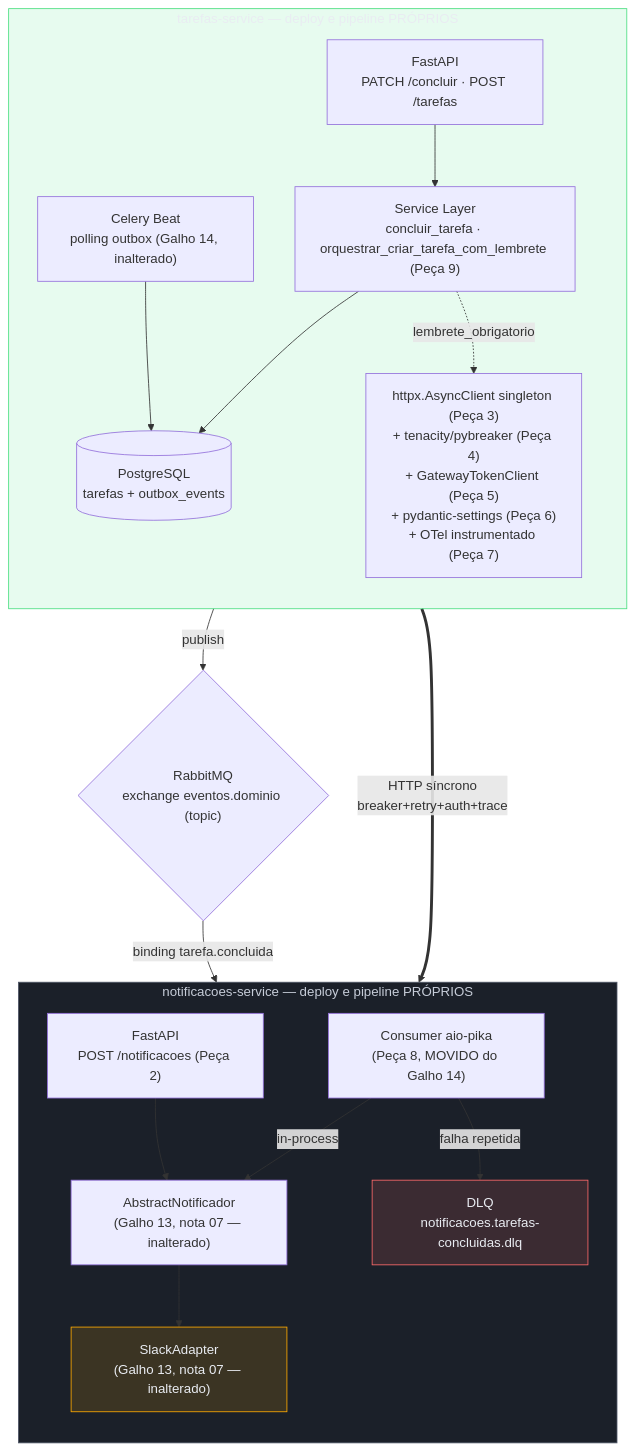
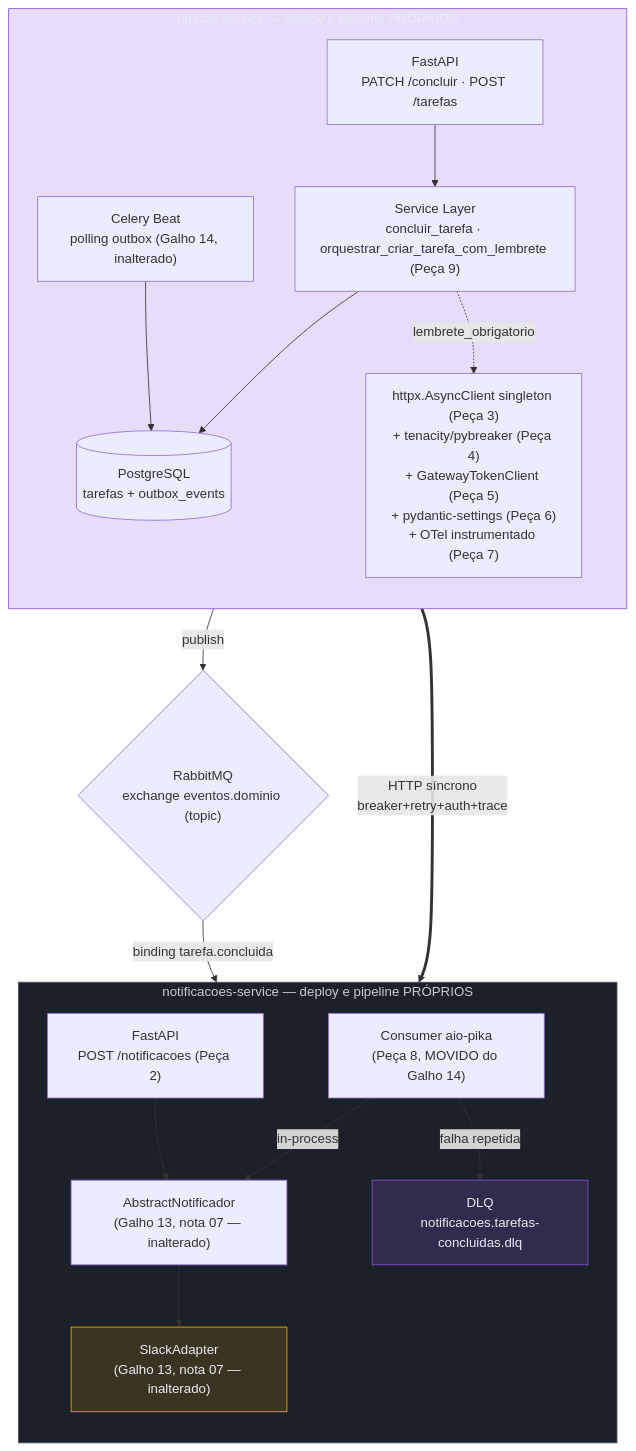
The fifth of 5 diagrams in 03-Dominios/Tecnologia/Python/Microservices e sistemas distribuídos/08 - Capstone — extraindo o serviço de Notificações.md (josenaldo/codex-technomanticus), drawn with Mermaid before and after one commit. The commit also changed 601 other files, not shown here.

````diff
--- a/03-Dominios/Tecnologia/Python/Microservices e sistemas distribuídos/08 - Capstone — extraindo o serviço de Notificações.md
+++ b/03-Dominios/Tecnologia/Python/Microservices e sistemas distribuídos/08 - Capstone — extraindo o serviço de Notificações.md
@@ -675,42 +675,41 @@
 ```mermaid
 flowchart TB
-    classDef ok fill:#4ADE8021,stroke:#4ADE80,color:#E9ECF2
+    classDef marca fill:#8855DF33,stroke:#8855DF,color:#E9ECF2
     classDef neutro fill:#1B2029,stroke:#4E5666,color:#C6CCD8
     classDef destaque fill:#FFAA0024,stroke:#FFAA00,color:#E9ECF2
-    classDef falha fill:#FF6B6B24,stroke:#FF6B6B,color:#E9ECF2
     subgraph TS["tarefas-service — deploy e pipeline PRÓPRIOS"]
         direction TB
         TH["FastAPI\nPATCH /concluir · POST /tarefas"]
         TSVC["Service Layer\nconcluir_tarefa · orquestrar_criar_tarefa_com_lembrete (Peça 9)"]
         TDB[("PostgreSQL\ntarefas + outbox_events")]
         TBEAT["Celery Beat\npolling outbox (Galho 14, inalterado)"]
         TCLIENT["httpx.AsyncClient singleton (Peça 3)\n+ tenacity/pybreaker (Peça 4)\n+ GatewayTokenClient (Peça 5)\n+ pydantic-settings (Peça 6)\n+ OTel instrumentado (Peça 7)"]
         TH --> TSVC --> TDB
         TSVC -.->|"lembrete_obrigatorio"| TCLIENT
         TBEAT --> TDB
     end
 
     MQ{"RabbitMQ\nexchange eventos.dominio (topic)"}
 
     subgraph NS["notificacoes-service — deploy e pipeline PRÓPRIOS"]
         direction TB
         NAPI["FastAPI\nPOST /notificacoes (Peça 2)"]
         NCONS["Consumer aio-pika\n(Peça 8, MOVIDO do Galho 14)"]
         NPORT["AbstractNotificador\n(Galho 13, nota 07 — inalterado)"]
         NSLACK["SlackAdapter\n(Galho 13, nota 07 — inalterado)"]
         NDLQ["DLQ\nnotificacoes.tarefas-concluidas.dlq"]
         NAPI --> NPORT
         NCONS -->|"in-process"| NPORT
         NPORT --> NSLACK
         NCONS -->|"falha repetida"| NDLQ
     end
 
     TCLIENT ==>|"HTTP síncrono\nbreaker+retry+auth+trace"| NAPI
     TBEAT -->|publish| MQ
     MQ -->|"binding tarefa.concluida"| NCONS
 
-    class TS ok
+    class TS marca
     class NS neutro
     class NSLACK destaque
-    class NDLQ falha
+    class NDLQ marca
 ```
````
